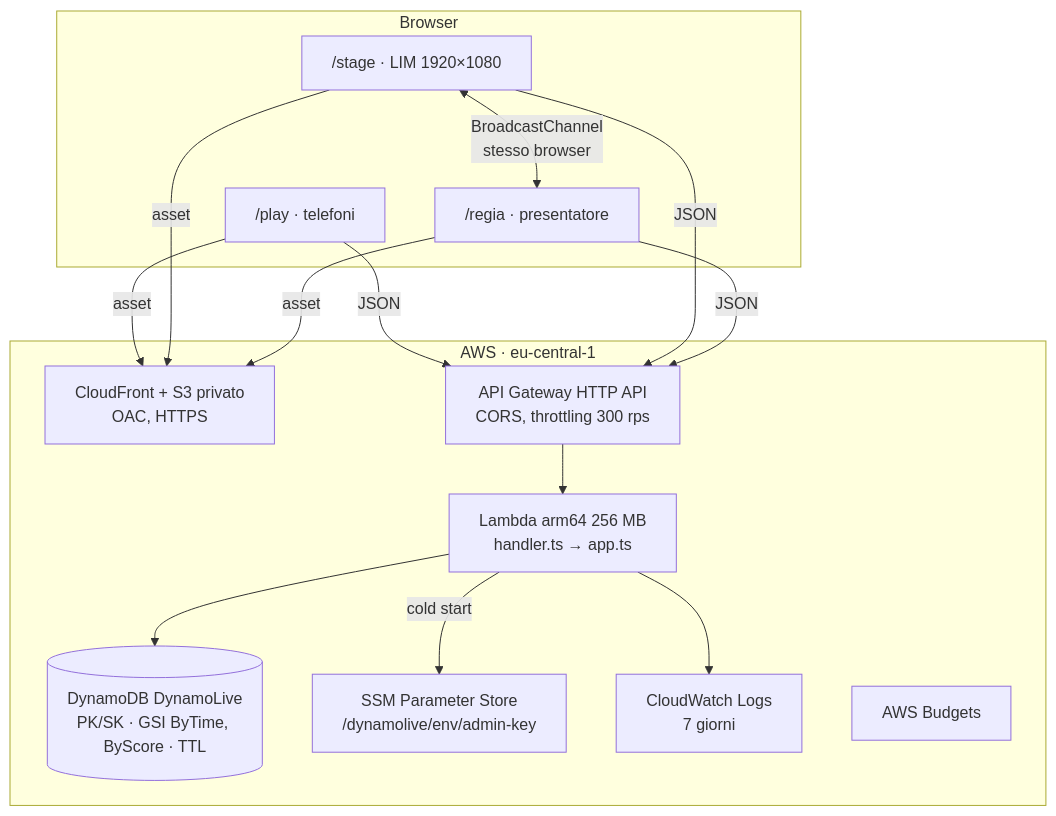
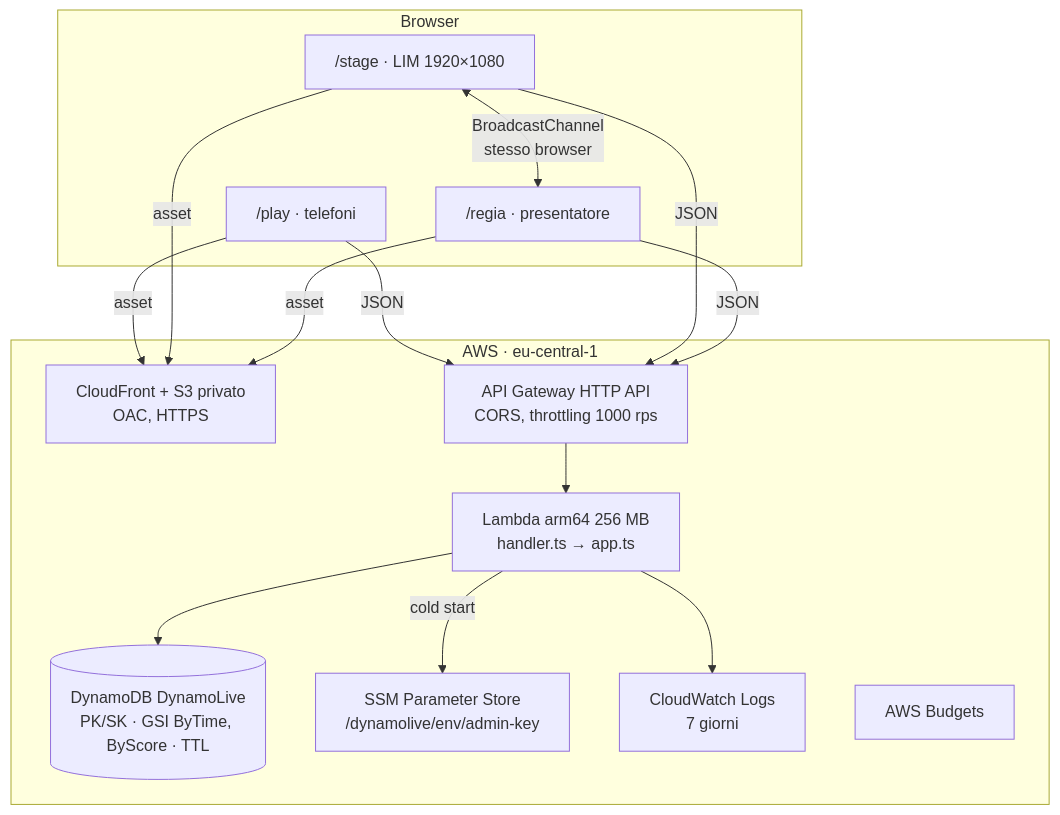
The first of 2 diagrams in docs/architecture.md (MatteDev-Cloud/amazon-dynamodb-introduction), drawn with Mermaid before and after one commit. The commit also changed other lines of this file and 50 other files, not shown here.

````diff
--- a/docs/architecture.md
+++ b/docs/architecture.md
@@ -7,22 +7,22 @@
 ```mermaid
 flowchart TB
   subgraph Browser
     play["/play · telefoni"]
     stage["/stage · LIM 1920×1080"]
     regia["/regia · presentatore"]
     stage <-->|BroadcastChannel<br/>stesso browser| regia
   end
   subgraph AWS["AWS · eu-central-1"]
     cf[CloudFront + S3 privato<br/>OAC, HTTPS]
-    api[API Gateway HTTP API<br/>CORS, throttling 300 rps]
+    api[API Gateway HTTP API<br/>CORS, throttling 1000 rps]
     fn[Lambda arm64 256 MB<br/>handler.ts → app.ts]
     ddb[(DynamoDB DynamoLive<br/>PK/SK · GSI ByTime, ByScore · TTL)]
     ssm[SSM Parameter Store<br/>/dynamolive/env/admin-key]
     logs[CloudWatch Logs<br/>7 giorni]
     budget[AWS Budgets]
   end
   play & stage & regia -->|asset| cf
   play & stage & regia -->|JSON| api --> fn --> ddb
   fn -->|cold start| ssm
   fn --> logs
 ```
````
